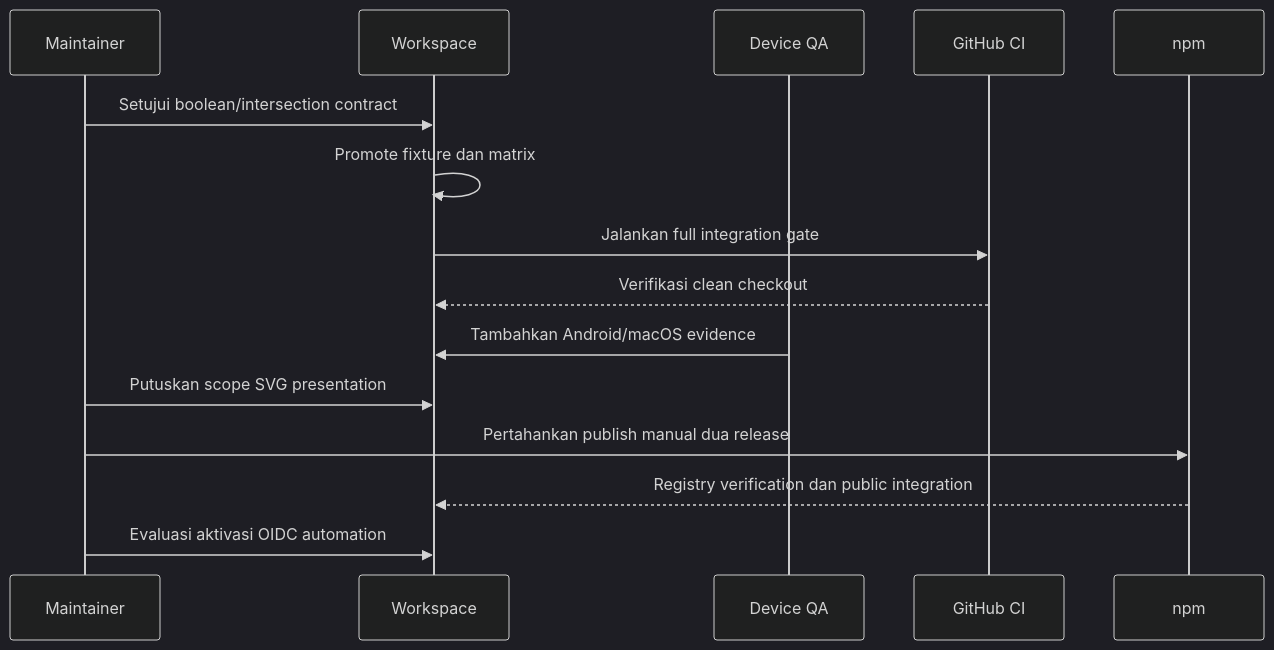
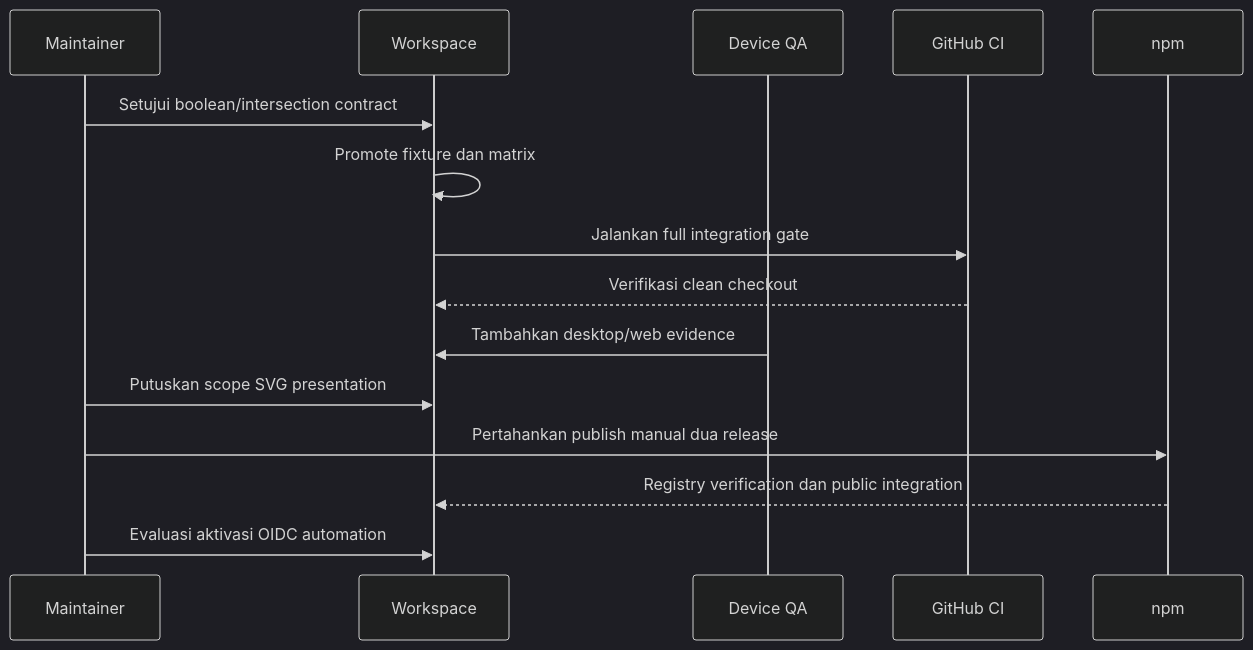
One commit to relgeo/workspace changed the second of 2 diagrams in docs/decisions/09-open-work-recommendations.md. Above: the diagram before and after it, drawn with Mermaid (dark theme). The commit also changed other lines of this file and 2 other files, not shown here.

Commit message:
docs: prioritize desktop platform delivery

````diff
--- a/docs/decisions/09-open-work-recommendations.md
+++ b/docs/decisions/09-open-work-recommendations.md
@@ -217,18 +265,18 @@
 ```mermaid
 sequenceDiagram
   participant M as Maintainer
   participant W as Workspace
   participant QA as Device QA
   participant CI as GitHub CI
   participant N as npm
 
   M->>W: Setujui boolean/intersection contract
   W->>W: Promote fixture dan matrix
   W->>CI: Jalankan full integration gate
   CI-->>W: Verifikasi clean checkout
-  QA->>W: Tambahkan Android/macOS evidence
+  QA->>W: Tambahkan desktop/web evidence
   M->>W: Putuskan scope SVG presentation
   M->>N: Pertahankan publish manual dua release
   N-->>W: Registry verification dan public integration
   M->>W: Evaluasi aktivasi OIDC automation
 ```
````
